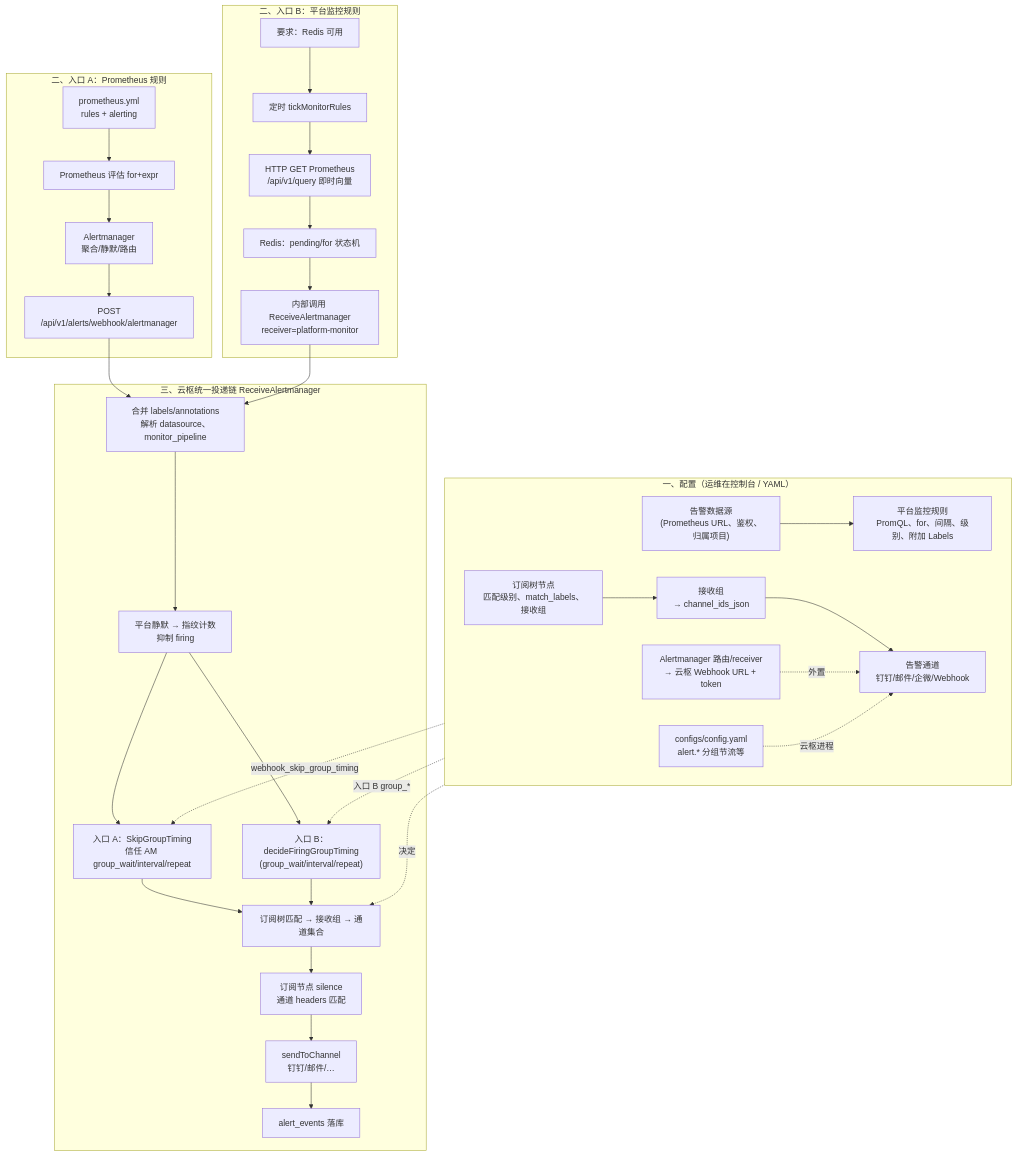
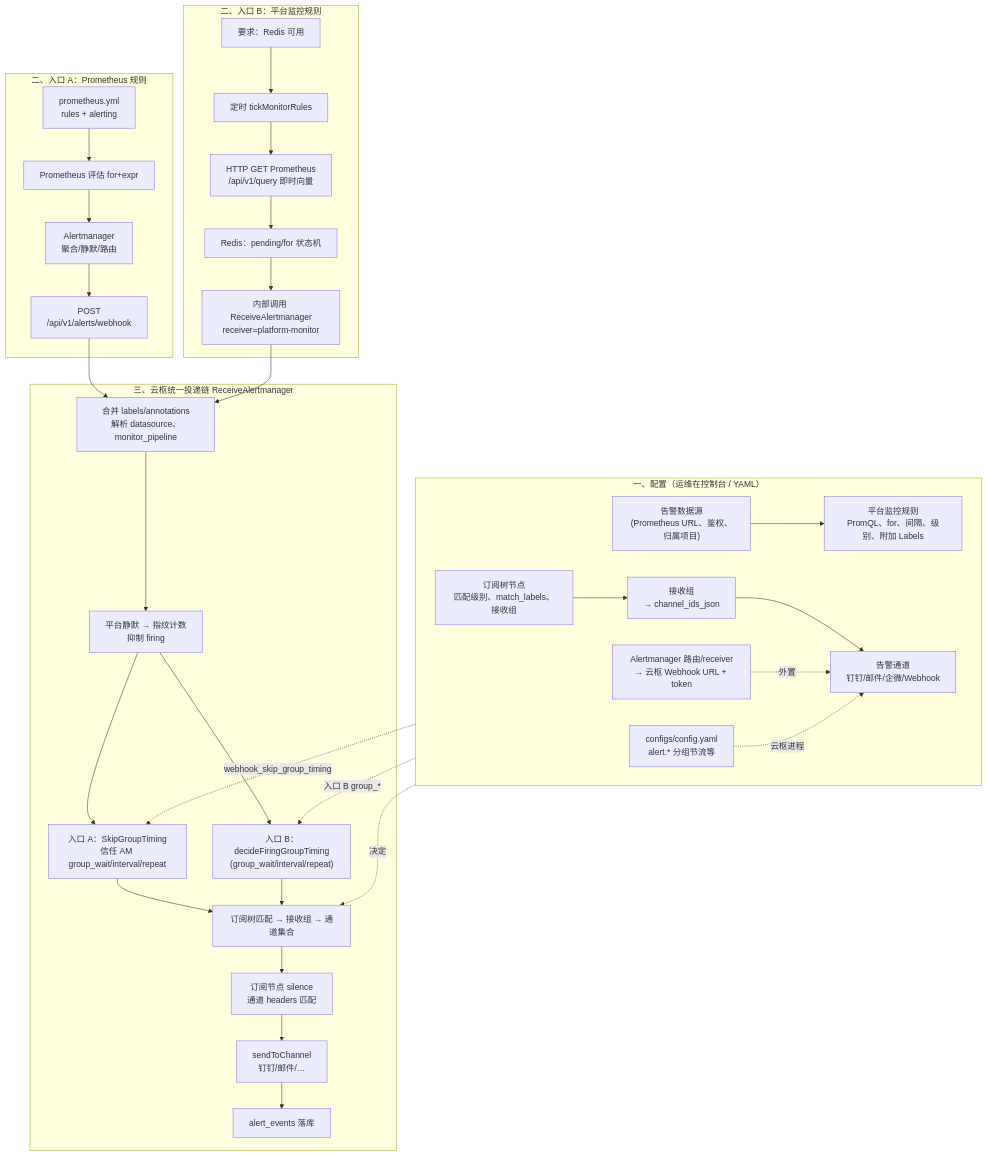
The first of 3 diagrams in docs/alert-routing-and-delivery-guide.md (AshesToVow/yunshu), drawn with Mermaid before and after one commit. The commit also changed other lines of this file and 26 other files, not shown here.

````diff
--- a/docs/alert-routing-and-delivery-guide.md
+++ b/docs/alert-routing-and-delivery-guide.md
@@ -15,50 +15,50 @@
 ```mermaid
 flowchart TB
   subgraph CFG["一、配置（运维在控制台 / YAML）"]
     DS["告警数据源\n(Prometheus URL、鉴权、归属项目)"]
     MR["平台监控规则\nPromQL、for、间隔、级别、附加 Labels"]
     ST["订阅树节点\n匹配级别、match_labels、接收组"]
     RG["接收组\n→ channel_ids_json"]
     CH["告警通道\n钉钉/邮件/企微/Webhook"]
     AMY["Alertmanager 路由/receiver\n→ 云枢 Webhook URL + token"]
     PY["configs/config.yaml\nalert.* 分组节流等"]
     DS --> MR
     ST --> RG --> CH
     AMY -.->|外置| CH
     PY -.->|云枢进程| CH
   end
 
   subgraph A["二、入口 A：Prometheus 规则"]
     P1["prometheus.yml\nrules + alerting"] --> P2["Prometheus 评估 for+expr"]
     P2 --> P3["Alertmanager\n聚合/静默/路由"]
-    P3 --> P4["POST\n/api/v1/alerts/webhook/alertmanager"]
+    P3 --> P4["POST\n/api/v1/alerts/webhook"]
   end
 
   subgraph B["二、入口 B：平台监控规则"]
     B0["要求：Redis 可用"] --> B1["定时 tickMonitorRules"]
     B1 --> B2["HTTP GET Prometheus\n/api/v1/query 即时向量"]
     B2 --> B3["Redis：pending/for 状态机"]
     B3 --> B4["内部调用 ReceiveAlertmanager\nreceiver=platform-monitor"]
   end
 
   subgraph C["三、云枢统一投递链 ReceiveAlertmanager"]
     C1["合并 labels/annotations\n解析 datasource、monitor_pipeline"]
     C2["平台静默 → 指纹计数\n抑制 firing"]
     C3A["入口 A：SkipGroupTiming\n信任 AM group_wait/interval/repeat"]
     C3B["入口 B：decideFiringGroupTiming\n(group_wait/interval/repeat)"]
     C4["订阅树匹配 → 接收组 → 通道集合"]
     C5["订阅节点 silence\n通道 headers 匹配"]
     C6["sendToChannel\n钉钉/邮件/…"]
     C7["alert_events 落库"]
     C1 --> C2
     C2 --> C3A --> C4
     C2 --> C3B --> C4
     C4 --> C5 --> C6 --> C7
   end
 
   P4 --> C1
   B4 --> C1
   CFG -.->|决定| C4
   CFG -.->|入口 B group_*| C3B
   CFG -.->|webhook_skip_group_timing| C3A
 ```
````
